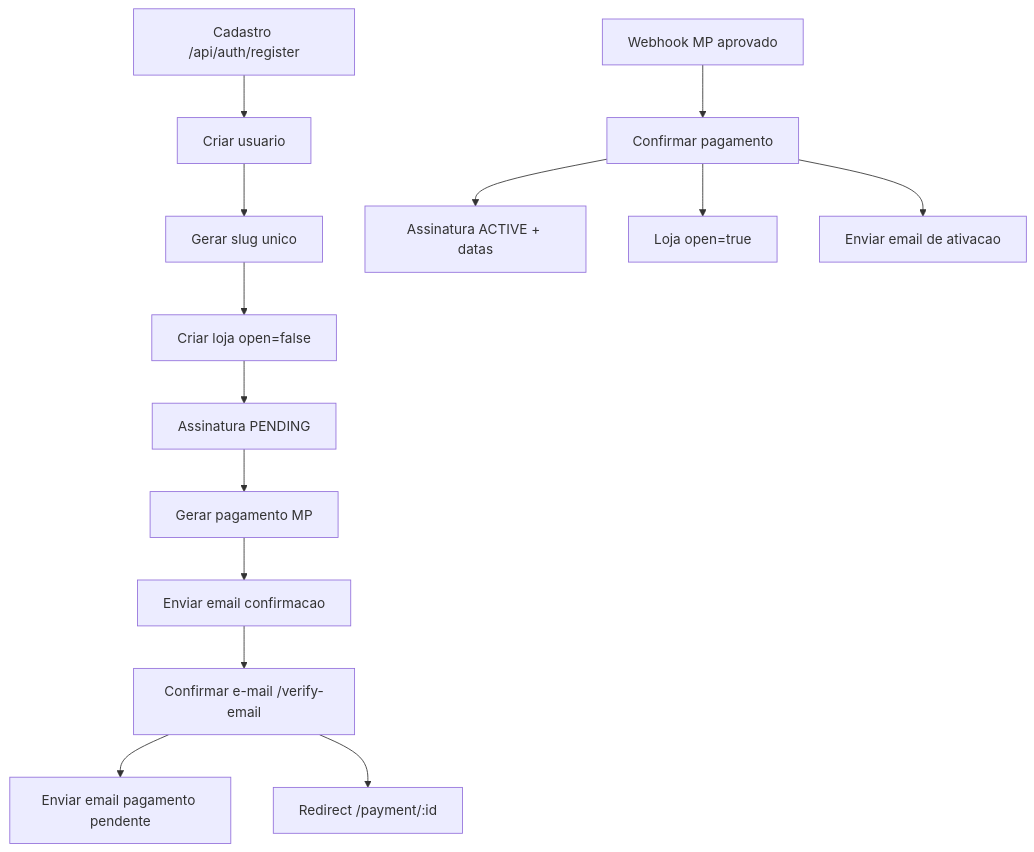
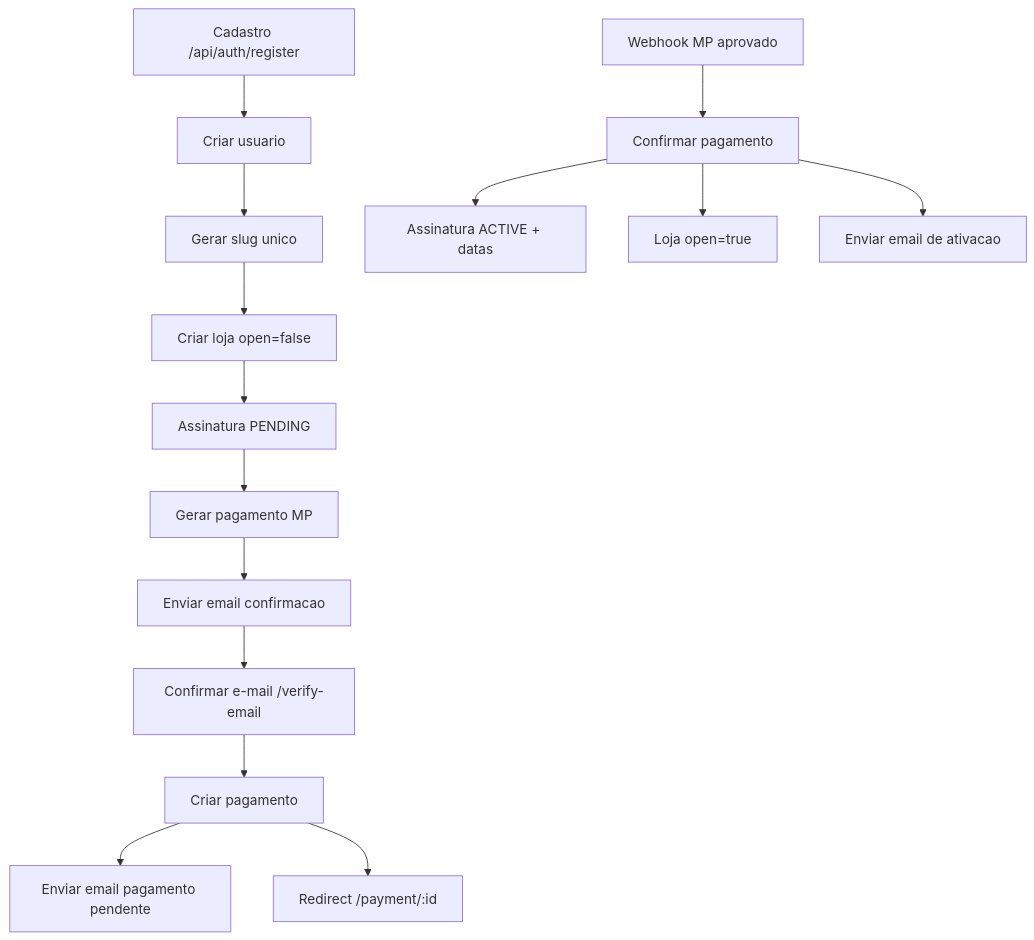
One commit to EdmilsonFernandes/EdEspetoHub changed the diagram in README.md. Above: the diagram before and after it, drawn with Mermaid. The commit also changed other lines of this file and 5 other files, not shown here.

Commit message:
Create payment only after email verification

````diff
--- a/README.md
+++ b/README.md
@@ -93,16 +94,17 @@
 ```mermaid
 flowchart TD
   A[Cadastro /api/auth/register] --> B[Criar usuario]
   B --> C[Gerar slug unico]
   C --> D[Criar loja open=false]
   D --> E[Assinatura PENDING]
   E --> F[Gerar pagamento MP]
   F --> G[Enviar email confirmacao]
   G --> H[Confirmar e-mail /verify-email]
-  H --> I[Enviar email pagamento pendente]
-  H --> J[Redirect /payment/:id]
-  K[Webhook MP aprovado] --> L[Confirmar pagamento]
-  L --> M[Assinatura ACTIVE + datas]
-  L --> N[Loja open=true]
-  L --> O[Enviar email de ativacao]
+  H --> I[Criar pagamento]
+  I --> J[Enviar email pagamento pendente]
+  I --> K[Redirect /payment/:id]
+  L[Webhook MP aprovado] --> M[Confirmar pagamento]
+  M --> N[Assinatura ACTIVE + datas]
+  M --> O[Loja open=true]
+  M --> P[Enviar email de ativacao]
 ```
````
